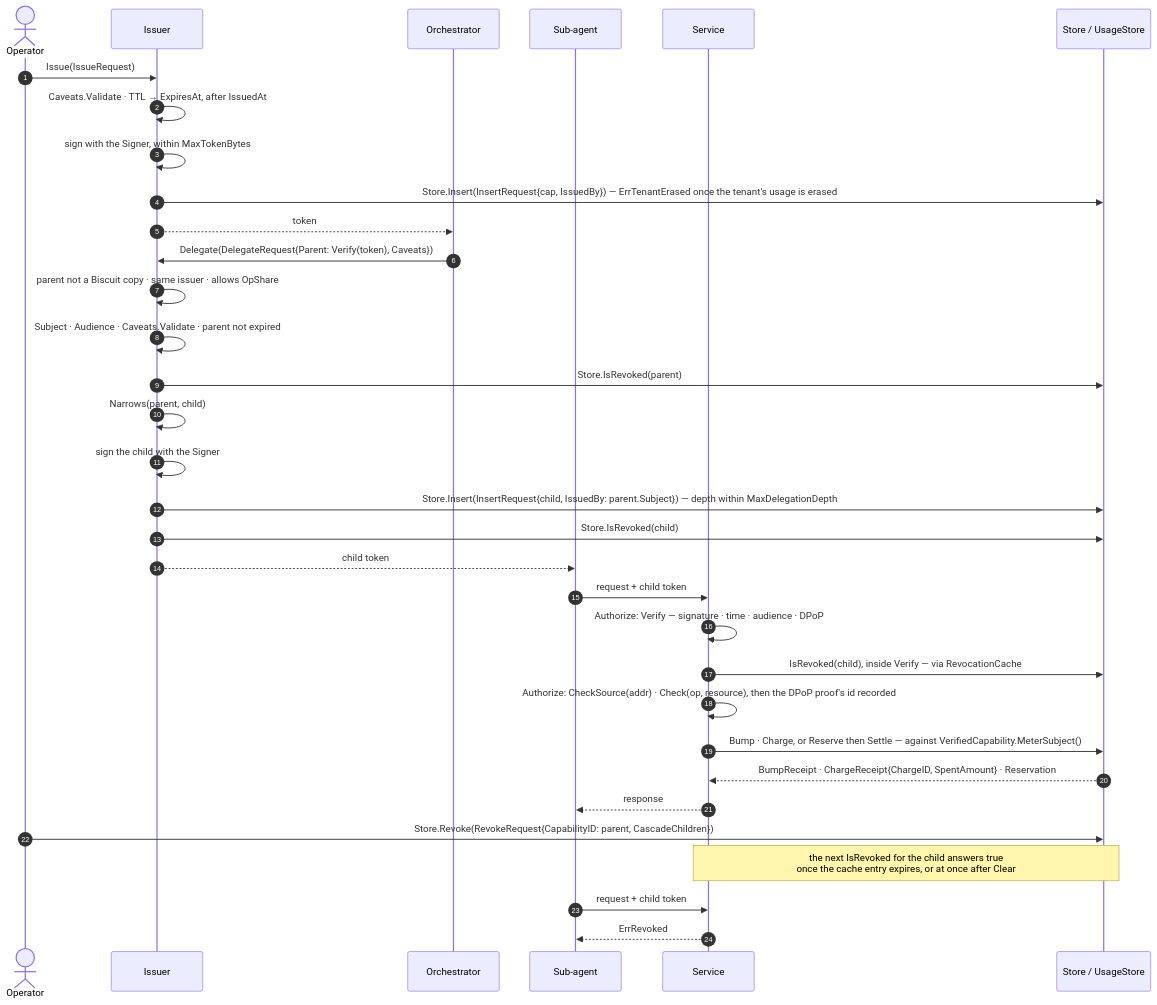
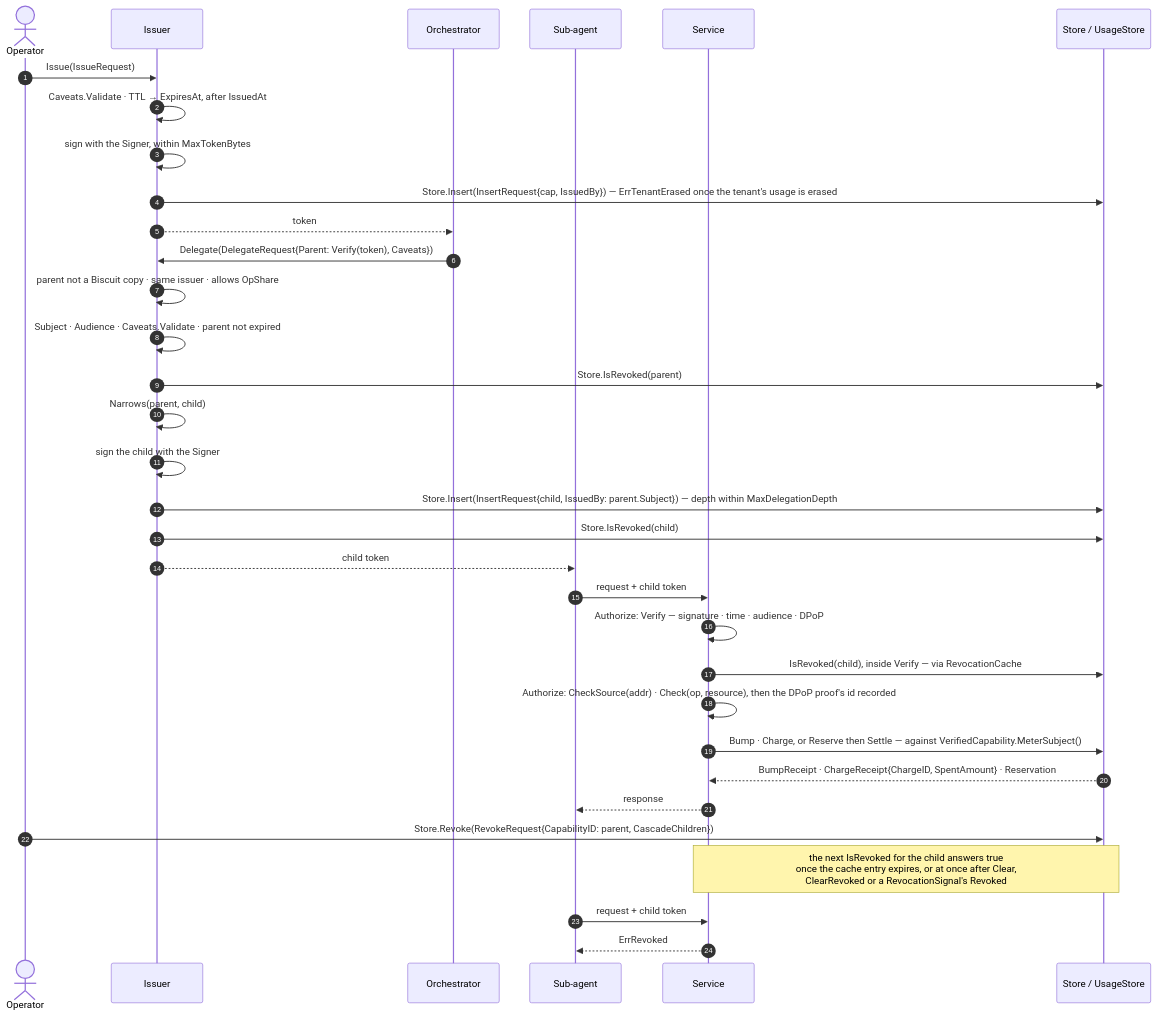
The second of 13 diagrams in docs/diagrams.md (oleg-tkachuk/limes), drawn with Mermaid before and after one commit. The commit also changed other lines of this file, not shown here.

First line of the commit message:
docs(diagrams): match the diagrams to the code they draw

````diff
--- a/docs/diagrams.md
+++ b/docs/diagrams.md
@@ -167,39 +169,39 @@
 ```mermaid
 sequenceDiagram
     autonumber
     actor Op as Operator
     participant I as Issuer
     participant O as Orchestrator
     participant W as Sub-agent
     participant S as Service
     participant St as Store / UsageStore
 
     Op->>I: Issue(IssueRequest)
     I->>I: Caveats.Validate · TTL → ExpiresAt, after IssuedAt
     I->>I: sign with the Signer, within MaxTokenBytes
     I->>St: Store.Insert(InsertRequest{cap, IssuedBy}) — ErrTenantErased once the tenant's usage is erased
     I-->>O: token
 
     O->>I: Delegate(DelegateRequest{Parent: Verify(token), Caveats})
     I->>I: parent not a Biscuit copy · same issuer · allows OpShare
     I->>I: Subject · Audience · Caveats.Validate · parent not expired
     I->>St: Store.IsRevoked(parent)
     I->>I: Narrows(parent, child)
     I->>I: sign the child with the Signer
     I->>St: Store.Insert(InsertRequest{child, IssuedBy: parent.Subject}) — depth within MaxDelegationDepth
     I->>St: Store.IsRevoked(child)
     I-->>W: child token
 
     W->>S: request + child token
     S->>S: Authorize: Verify — signature · time · audience · DPoP
     S->>St: IsRevoked(child), inside Verify — via RevocationCache
     S->>S: Authorize: CheckSource(addr) · Check(op, resource), then the DPoP proof's id recorded
     S->>St: Bump · Charge, or Reserve then Settle — against VerifiedCapability.MeterSubject()
     St-->>S: BumpReceipt · ChargeReceipt{ChargeID, SpentAmount} · Reservation
     S-->>W: response
 
     Op->>St: Store.Revoke(RevokeRequest{CapabilityID: parent, CascadeChildren})
-    Note over S,St: the next IsRevoked for the child answers true<br/>once the cache entry expires, or at once after Clear
+    Note over S,St: the next IsRevoked for the child answers true<br/>once the cache entry expires, or at once after Clear,<br/>ClearRevoked or a RevocationSignal's Revoked
     W->>S: request + child token
     S-->>W: ErrRevoked
 ```
````
